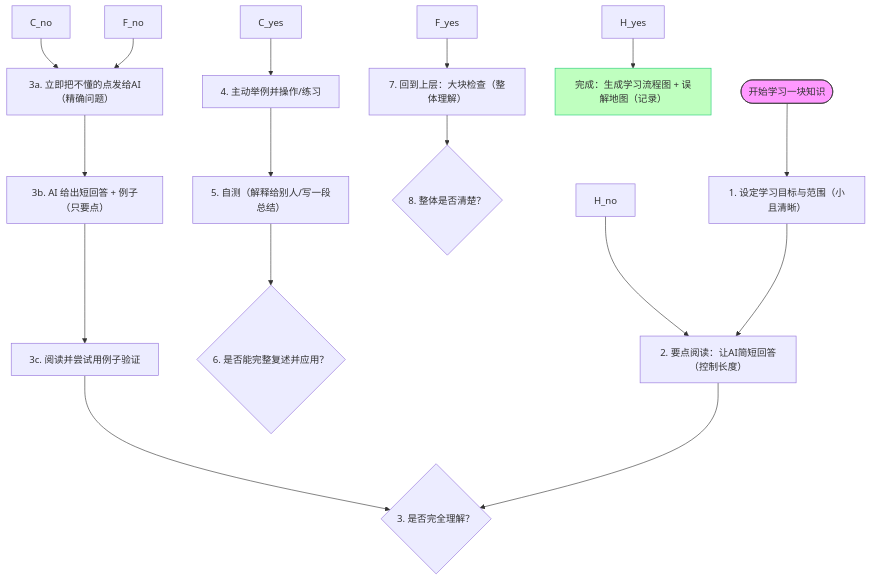
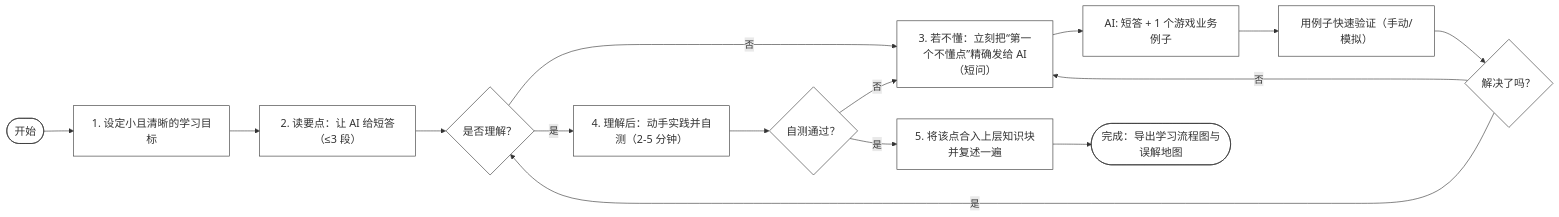
The diagram in jk/通过AI的学习过程.md (JenksZhang/MyInterview), drawn with Mermaid before and after one commit. The commit also changed 1 other file, not shown here.

Commit message:
补充学习流程 完善操作系统的学习过程

````diff
--- a/jk/通过AI的学习过程.md
+++ b/jk/通过AI的学习过程.md
@@ -6,23 +6,36 @@
 ```mermaid
-flowchart TD
-  Start([开始学习一块知识])
-  A[1. 设定学习目标与范围（小且清晰）]
-  B[2. 要点阅读：让AI简短回答（控制长度）]
-  C{3. 是否完全理解？}
-  C_yes --> D[4. 主动举例并操作/练习]
-  D --> E[5. 自测（解释给别人/写一段总结）]
-  E --> F{6. 是否能完整复述并应用？}
-  F_yes --> G[7. 回到上层：大块检查（整体理解）]
-  G --> H{8. 整体是否清楚？}
-  H_yes --> I[完成：生成学习流程图 + 误解地图（记录）]
-  H_no --> B
-  C_no --> J[3a. 立即把不懂的点发给AI（精确问题）]
-  J --> K[3b. AI 给出短回答 + 例子（只要点）]
-  K --> L[3c. 阅读并尝试用例子验证]
-  L --> C
-  F_no --> J
-  Start --> A --> B --> C
+flowchart LR
+  %% 精简版横向学习闭环，节点合并并增大字体
+  %% 将大部分节点共用 largeClass 以增大字体显示
+  Start([开始])
+  G1[1. 设定小且清晰的学习目标]
+  G2[2. 读要点：让 AI 给短答（≤3 段）]
+  Check{是否理解？}
+  Ask[3. 若不懂：立刻把“第一个不懂点”精确发给 AI（短问）]
+  AIAns[AI: 短答 + 1 个游戏业务例子]
+  Verify[用例子快速验证（手动/模拟）]
+  More{解决了吗？}
+  Practice[4. 理解后：动手实践并自测（2-5 分钟）]
+  Pass{自测通过？}
+  Integrate[5. 将该点合入上层知识块并复述一遍]
+  Finish([完成：导出学习流程图与误解地图])
 
-  style Start fill:#f9f,stroke:#333,stroke-width:1px
-  style I fill:#bfffbf,stroke:#2c7,stroke-width:1px
+  %% 主流程
+  Start --> G1 --> G2 --> Check
+
+  %% 不理解分支（合并列出/提问步骤，循环直到该点解决）
+  Check -- 否 --> Ask --> AIAns --> Verify --> More
+  More -- 否 --> Ask
+  More -- 是 --> Check
+
+  %% 理解后实践与自测（失败退回提问）
+  Check -- 是 --> Practice --> Pass
+  Pass -- 否 --> Ask
+  Pass -- 是 --> Integrate --> Finish
+
+  %% 视觉样式：统一放大字体，节点更宽
+  classDef largeFont fill:#fff,stroke:#333,stroke-width:1px,font-size:18px;
+  class Start,G1,G2,Check,Ask,AIAns,Verify,More,Practice,Pass,Integrate,Finish largeFont;
+  style Start width:120px,height:60px
+  style Finish width:200px,height:60px
 ```
````
